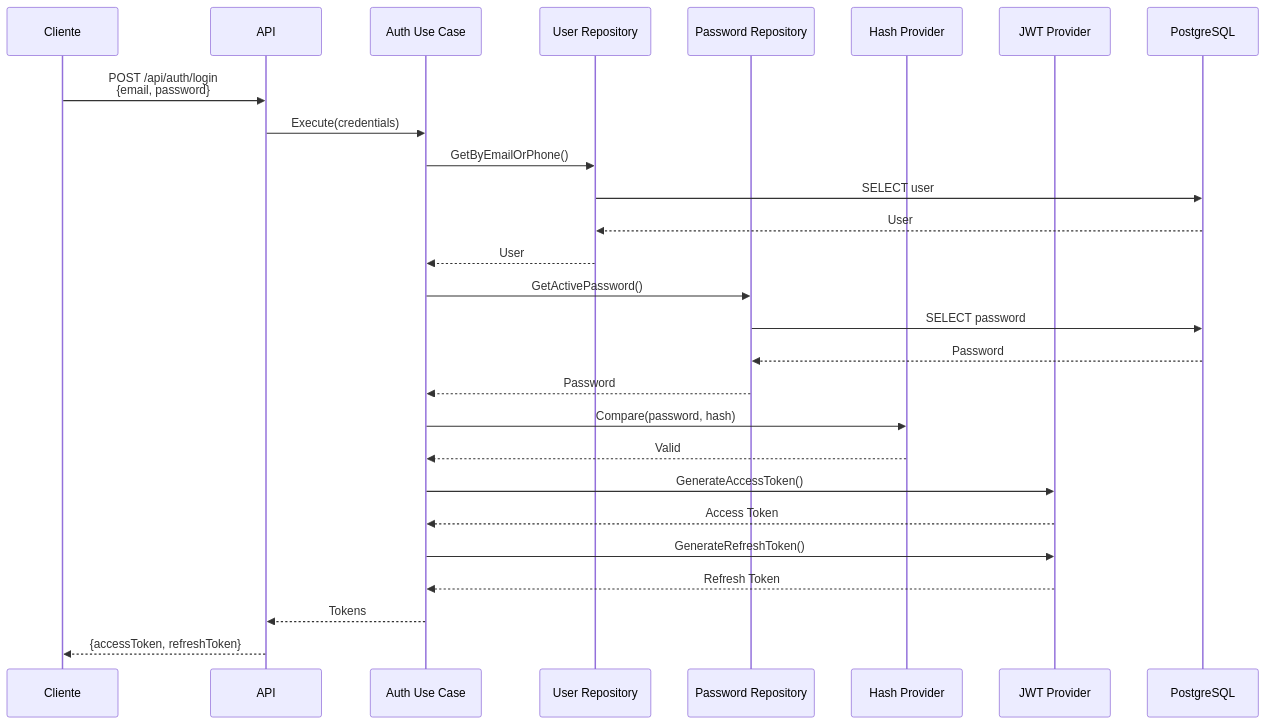
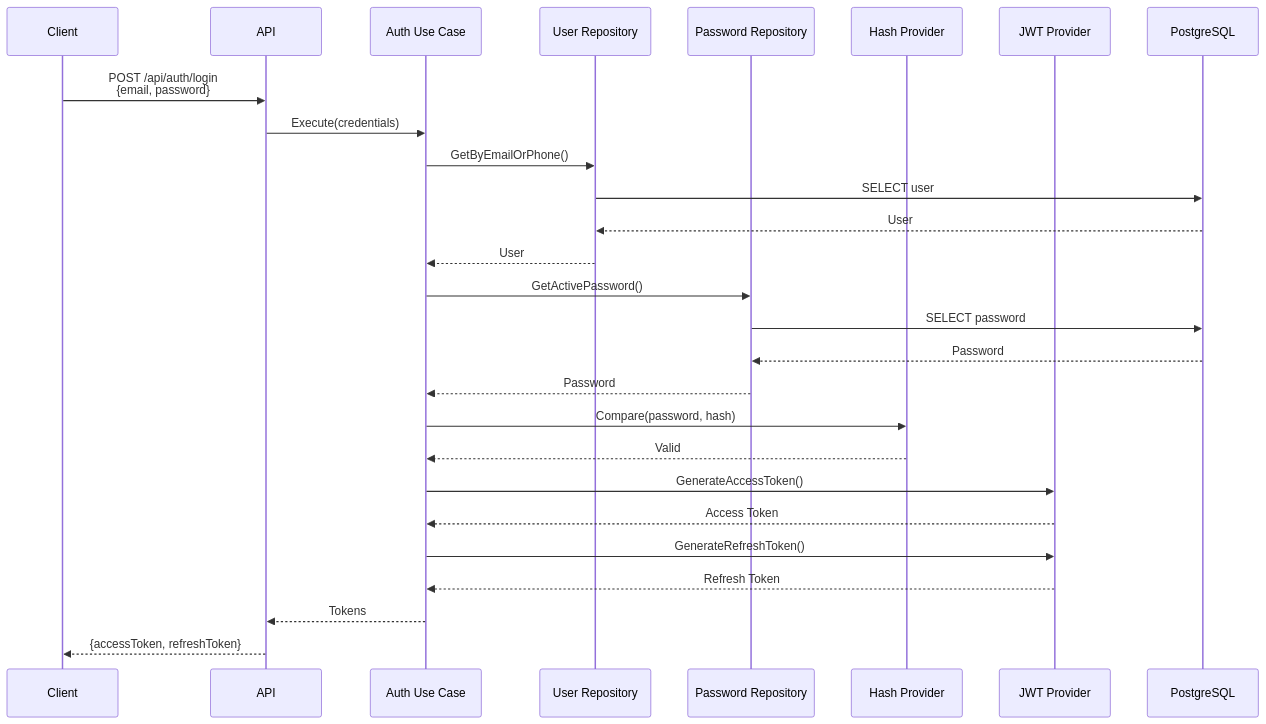
Before and after one commit to Simon3640/GoProjectSkeleton: diagram 20 of 27 in README.md, drawn with Mermaid. The commit also changed other lines of this file and 1 other file, not shown here.

````diff
--- a/README.md
+++ b/README.md
@@ -3434,34 +3434,34 @@
 ```mermaid
 sequenceDiagram
-    participant Client as Cliente
+    participant Client as Client
     participant API as API
     participant AuthUC as Auth Use Case
     participant UserRepo as User Repository
     participant PassRepo as Password Repository
     participant Hash as Hash Provider
     participant JWT as JWT Provider
     participant DB as PostgreSQL
 
     Client->>API: POST /api/auth/login<br/>{email, password}
     API->>AuthUC: Execute(credentials)
     AuthUC->>UserRepo: GetByEmailOrPhone()
     UserRepo->>DB: SELECT user
     DB-->>UserRepo: User
     UserRepo-->>AuthUC: User
 
     AuthUC->>PassRepo: GetActivePassword()
     PassRepo->>DB: SELECT password
     DB-->>PassRepo: Password
     PassRepo-->>AuthUC: Password
 
     AuthUC->>Hash: Compare(password, hash)
     Hash-->>AuthUC: Valid
 
     AuthUC->>JWT: GenerateAccessToken()
     JWT-->>AuthUC: Access Token
     AuthUC->>JWT: GenerateRefreshToken()
     JWT-->>AuthUC: Refresh Token
 
     AuthUC-->>API: Tokens
     API-->>Client: {accessToken, refreshToken}
 ```
````
